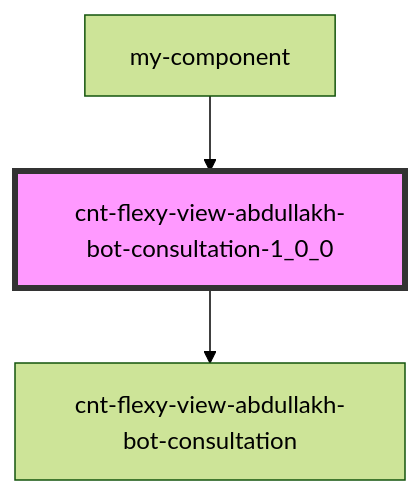
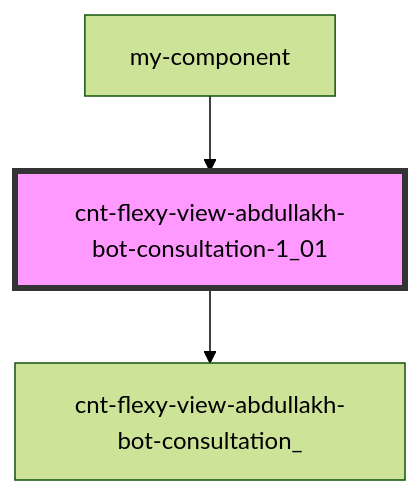
One commit to Wokh-Dada/botdevelopmentapp changed the diagram in src/components/cnt-flexy-view-abdullakh-bot-consultation/readme.md. Above: the diagram before and after it, drawn with Mermaid (forest theme). The commit also changed other lines of this file and 34 other files, not shown here.

````diff
--- a/src/components/cnt-flexy-view-abdullakh-bot-consultation/readme.md
+++ b/src/components/cnt-flexy-view-abdullakh-bot-consultation/readme.md
@@ -34,6 +34,6 @@
 ```mermaid
 graph TD;
-  cnt-flexy-view-abdullakh-bot-consultation-1_0_0 --> cnt-flexy-view-abdullakh-bot-consultation
-  my-component --> cnt-flexy-view-abdullakh-bot-consultation-1_0_0
-  style cnt-flexy-view-abdullakh-bot-consultation-1_0_0 fill:#f9f,stroke:#333,stroke-width:4px
+  cnt-flexy-view-abdullakh-bot-consultation-1_01 --> cnt-flexy-view-abdullakh-bot-consultation_
+  my-component --> cnt-flexy-view-abdullakh-bot-consultation-1_01
+  style cnt-flexy-view-abdullakh-bot-consultation-1_01 fill:#f9f,stroke:#333,stroke-width:4px
 ```
````
